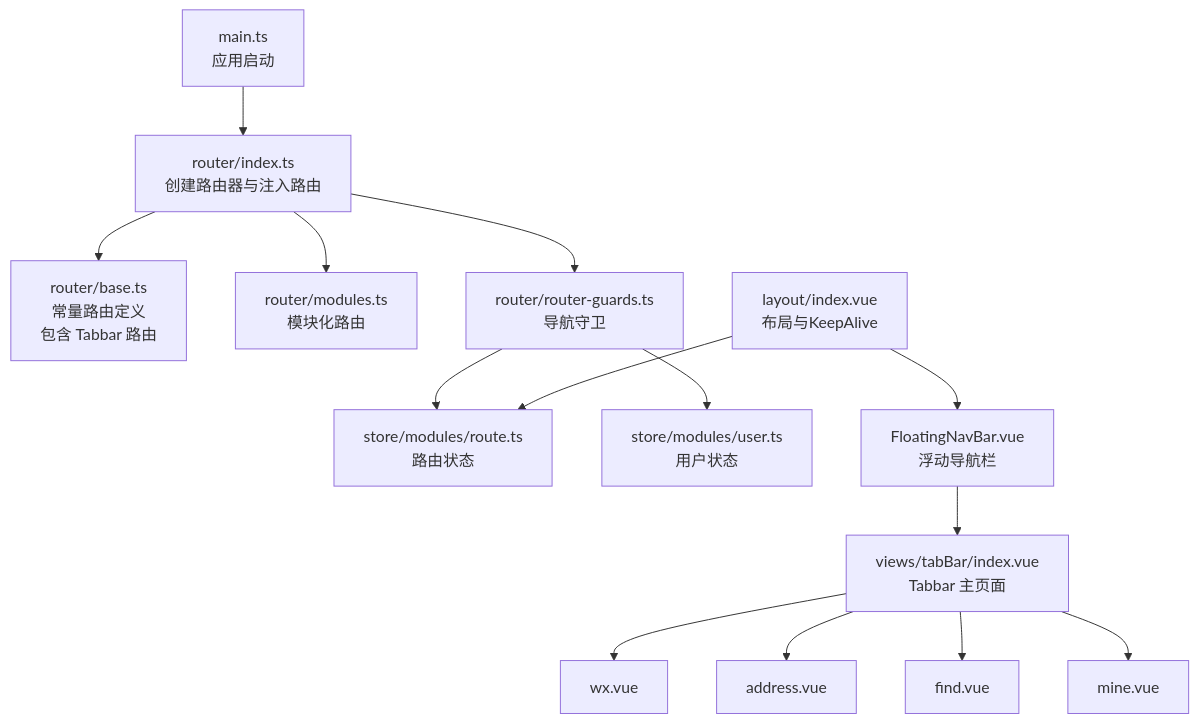
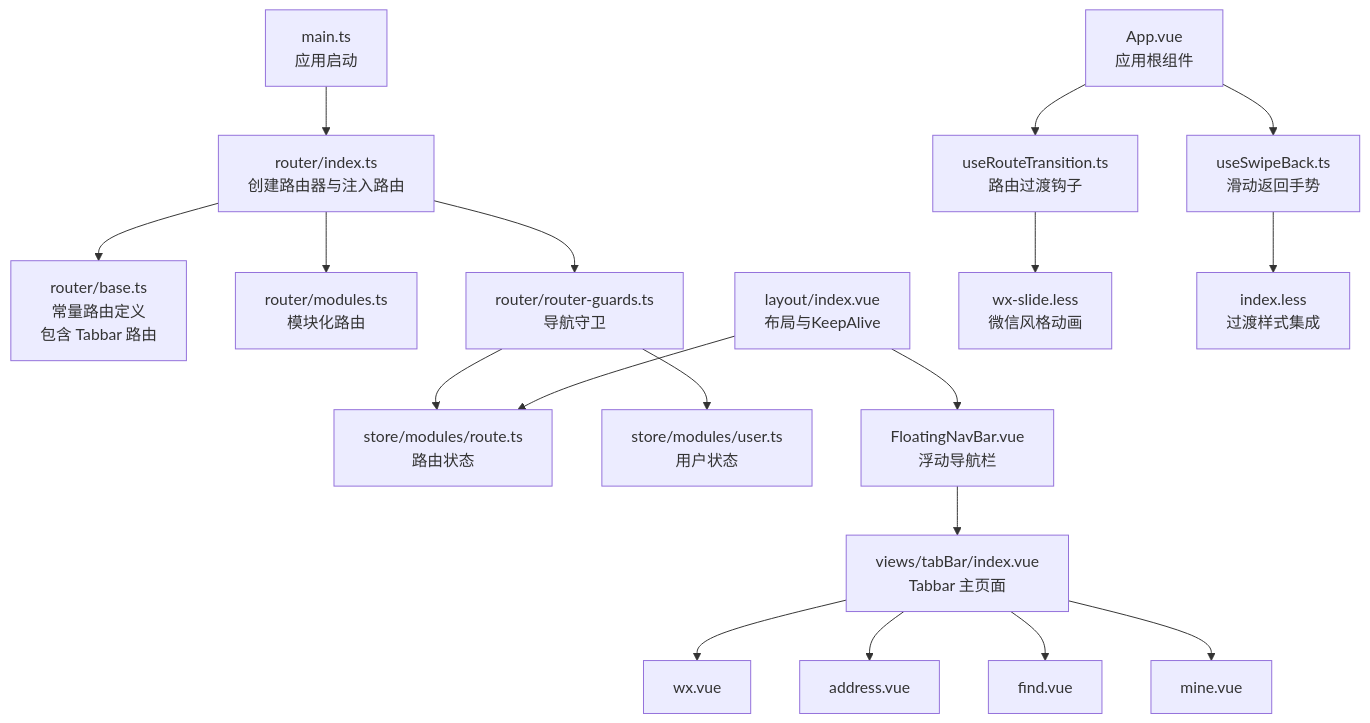
The first of 11 diagrams in .qoder/repowiki/zh/content/核心系统/路由系统.md (giserman001/vue3-vant4-mobile), drawn with Mermaid before and after one commit. The commit also changed other lines of this file and 17 other files, not shown here.

First line of the commit message:
docs(icon-system): 补充微信风格图标系统文档及架构说明

````diff
--- a/.qoder/repowiki/zh/content/核心系统/路由系统.md
+++ b/.qoder/repowiki/zh/content/核心系统/路由系统.md
@@ -56,16 +64,20 @@
 ```mermaid
 graph TB
 A["main.ts<br/>应用启动"] --> B["router/index.ts<br/>创建路由器与注入路由"]
 B --> C["router/base.ts<br/>常量路由定义<br/>包含 Tabbar 路由"]
 B --> D["router/modules.ts<br/>模块化路由"]
 B --> E["router/router-guards.ts<br/>导航守卫"]
 E --> F["store/modules/route.ts<br/>路由状态"]
 E --> G["store/modules/user.ts<br/>用户状态"]
 H["layout/index.vue<br/>布局与KeepAlive"] --> F
 H --> I["FloatingNavBar.vue<br/>浮动导航栏"]
 I --> J["views/tabBar/index.vue<br/>Tabbar 主页面"]
 J --> K["wx.vue"]
 J --> L["address.vue"]
 J --> M["find.vue"]
 J --> N["mine.vue"]
+O["App.vue<br/>应用根组件"] --> P["useRouteTransition.ts<br/>路由过渡钩子"]
+O --> Q["useSwipeBack.ts<br/>滑动返回手势"]
+P --> R["wx-slide.less<br/>微信风格动画"]
+Q --> S["index.less<br/>过渡样式集成"]
 ```
````
